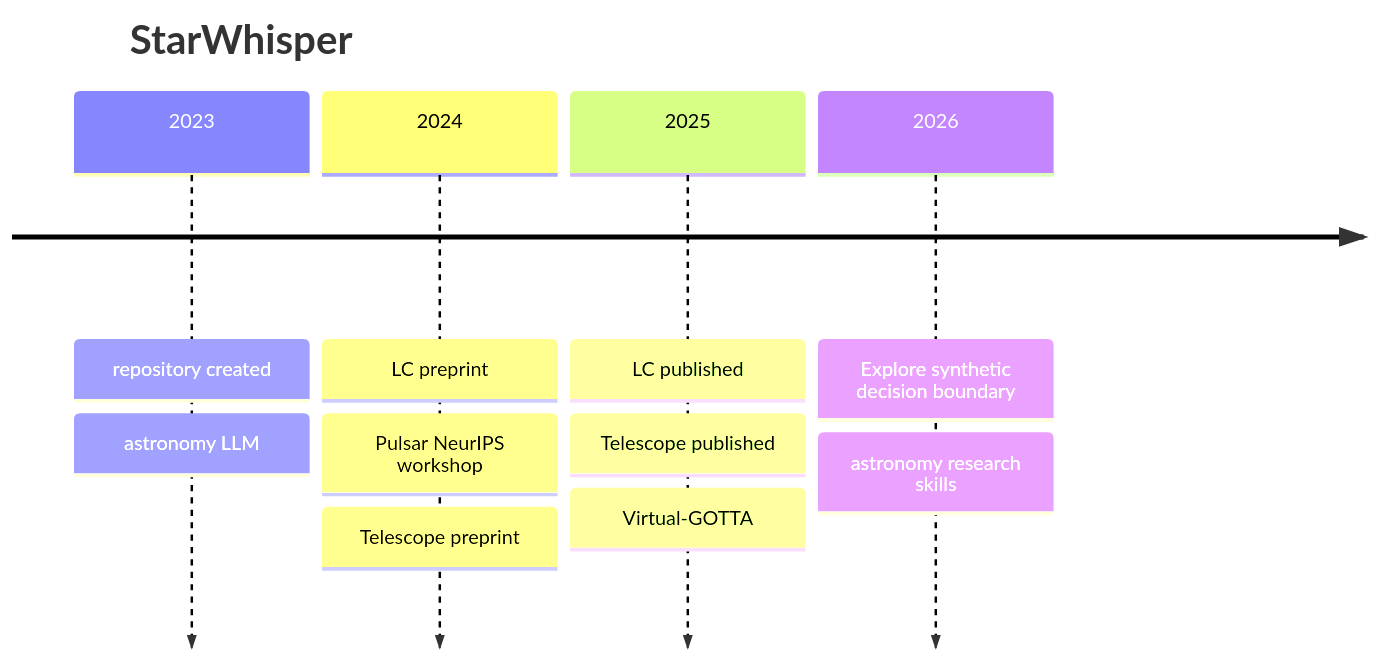
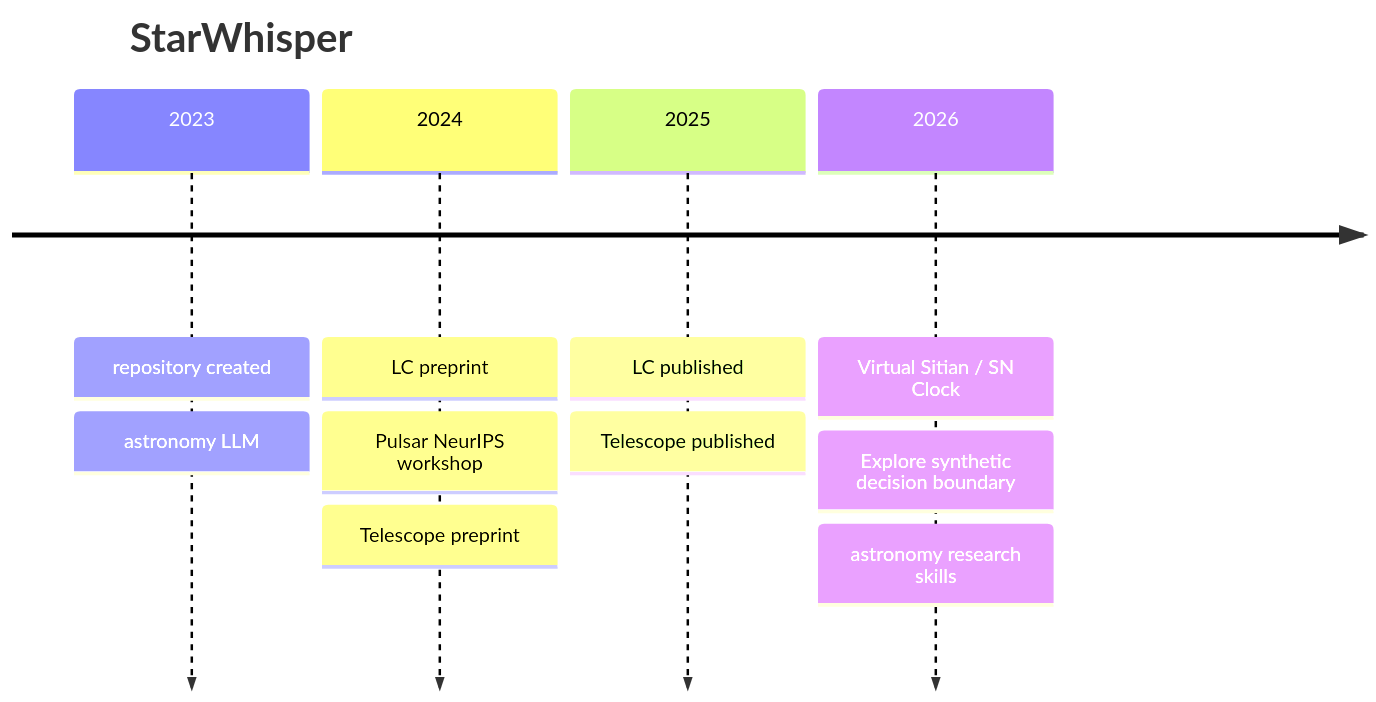
Before and after one commit to Yu-Yang-Li/StarWhisper: the diagram in README_EN.md, drawn with Mermaid. The commit also changed other lines of this file and 1 other file, not shown here.

First line of the commit message:
docs(readme): date Virtual Sitian / SN Clock as 2026 work

````diff
--- a/README_EN.md
+++ b/README_EN.md
@@ -32,8 +32,8 @@
 ```mermaid
 timeline
     title StarWhisper
     2023 : repository created : astronomy LLM
     2024 : LC preprint : Pulsar NeurIPS workshop : Telescope preprint
-    2025 : LC published : Telescope published : Virtual-GOTTA
-    2026 : Explore synthetic decision boundary : astronomy research skills
+    2025 : LC published : Telescope published
+    2026 : Virtual Sitian / SN Clock : Explore synthetic decision boundary : astronomy research skills
 ```
````
